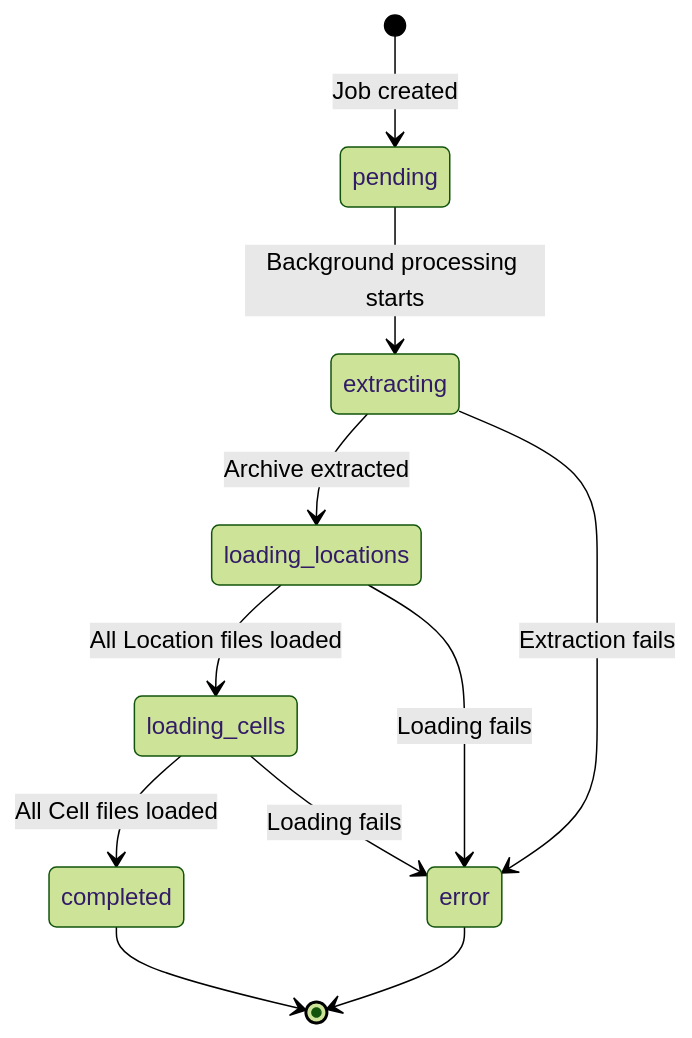
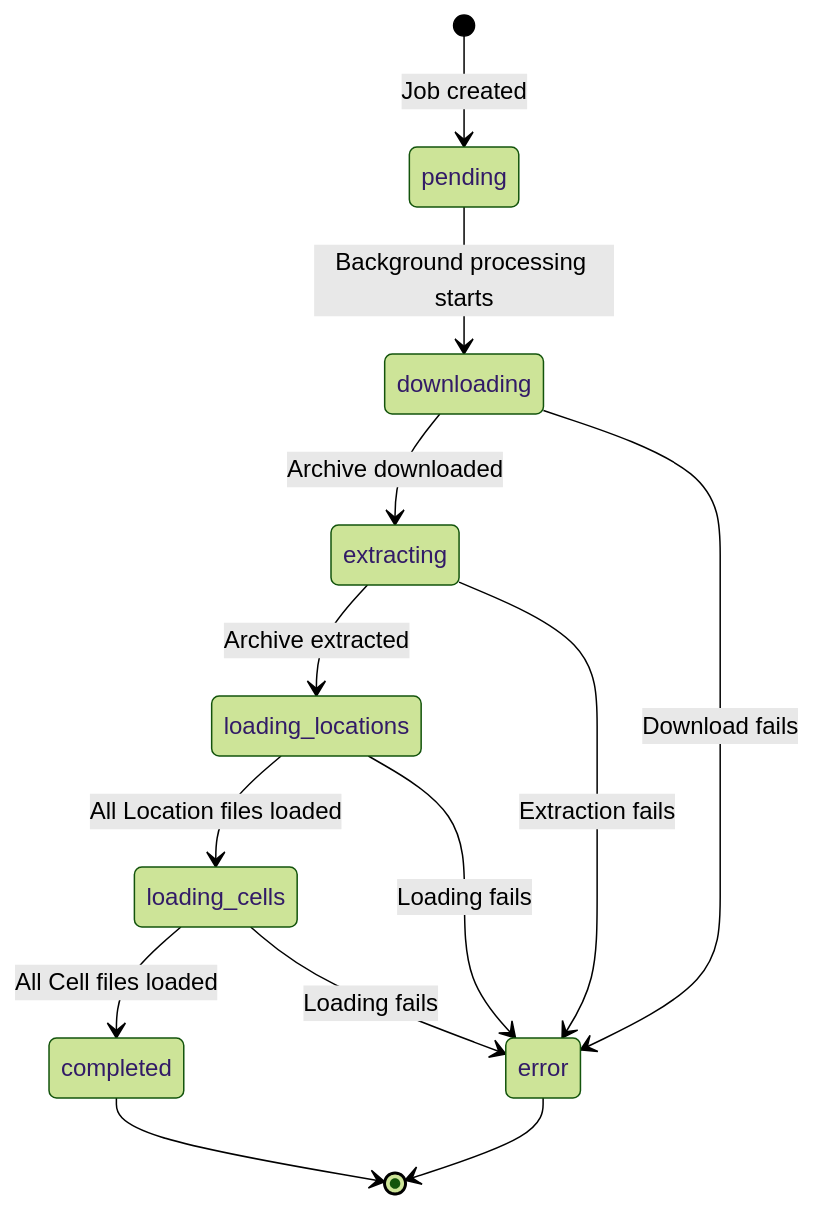
Before and after one commit to kylebernhardy/geolookup: the fourth of 4 diagrams in README.md, drawn with Mermaid (forest theme). The commit also changed other lines of this file and 2 other files, not shown here.

````diff
--- a/README.md
+++ b/README.md
@@ -399,13 +412,15 @@
 ```mermaid
 stateDiagram-v2
     [*] --> pending : Job created
-    pending --> extracting : Background processing starts
+    pending --> downloading : Background processing starts
+    downloading --> extracting : Archive downloaded
     extracting --> loading_locations : Archive extracted
     loading_locations --> loading_cells : All Location files loaded
     loading_cells --> completed : All Cell files loaded
+    downloading --> error : Download fails
     extracting --> error : Extraction fails
     loading_locations --> error : Loading fails
     loading_cells --> error : Loading fails
     completed --> [*]
     error --> [*]
 ```
````
